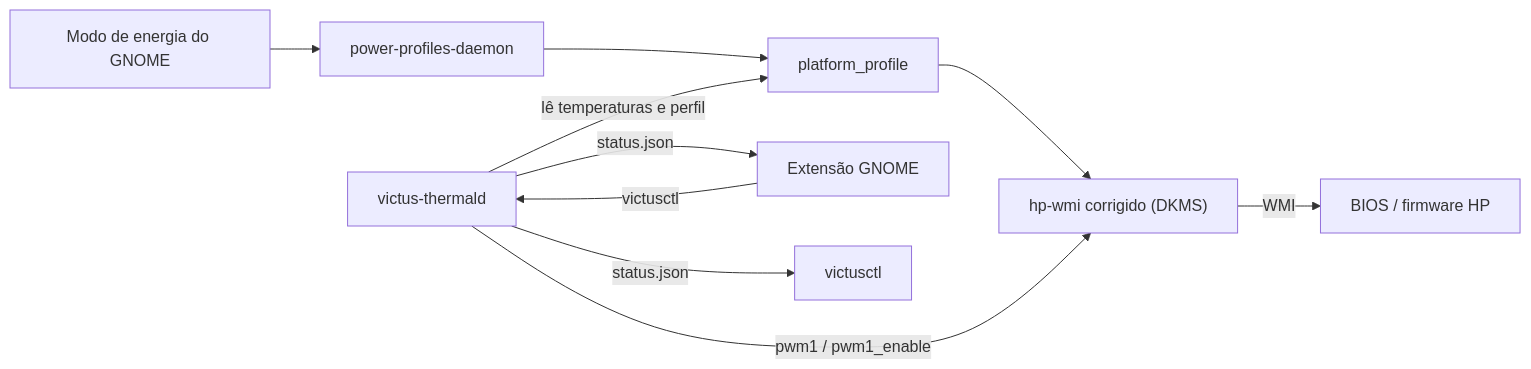
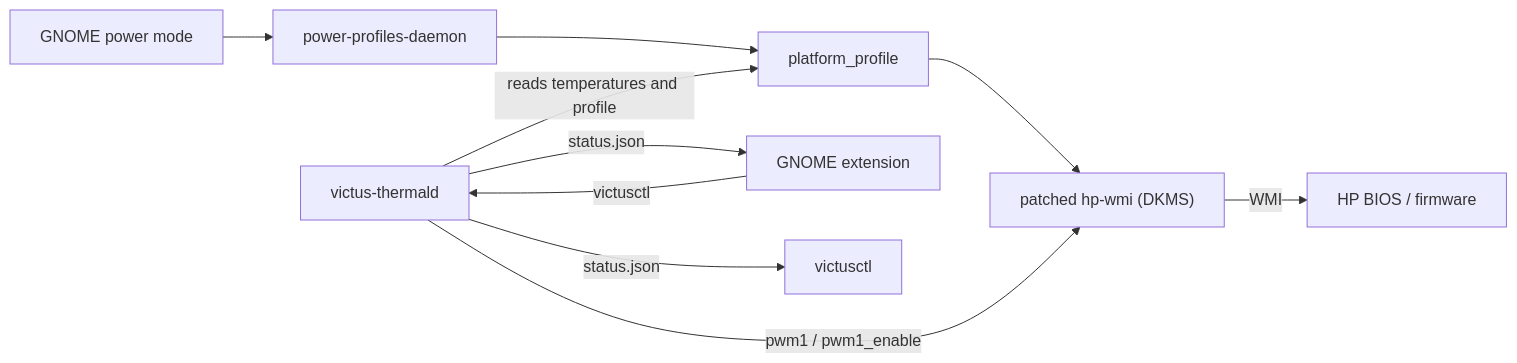
The diagram in README.md (joaocarvalhosm/victus-thermal), drawn with Mermaid before and after one commit. The commit also changed other lines of this file and 5 other files, not shown here.

````diff
--- a/README.md
+++ b/README.md
@@ -68,12 +71,12 @@
 ```mermaid
 flowchart LR
-    GNOME["Modo de energia do GNOME"] --> PPD["power-profiles-daemon"]
+    GNOME["GNOME power mode"] --> PPD["power-profiles-daemon"]
     PPD --> PP["platform_profile"]
-    PP --> DRV["hp-wmi corrigido (DKMS)"]
-    DRV -- "WMI" --> BIOS["BIOS / firmware HP"]
-    D["victus-thermald"] -- "lê temperaturas e perfil" --> PP
+    PP --> DRV["patched hp-wmi (DKMS)"]
+    DRV -- "WMI" --> BIOS["HP BIOS / firmware"]
+    D["victus-thermald"] -- "reads temperatures and profile" --> PP
     D -- "pwm1 / pwm1_enable" --> DRV
-    D -- "status.json" --> EXT["Extensão GNOME"]
+    D -- "status.json" --> EXT["GNOME extension"]
     D -- "status.json" --> CLI["victusctl"]
     EXT -- "victusctl" --> D
 ```
````
